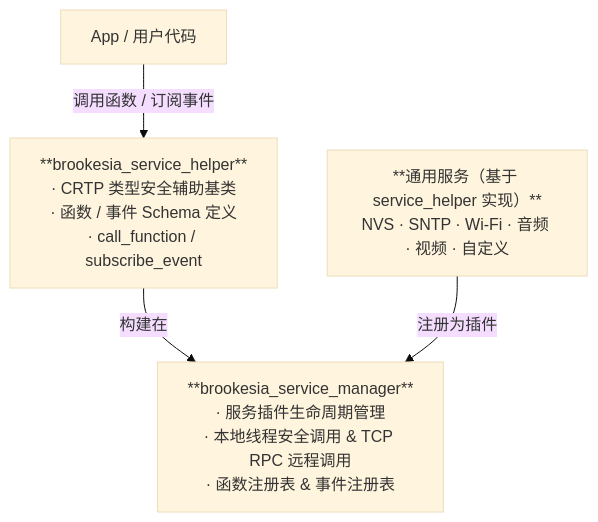
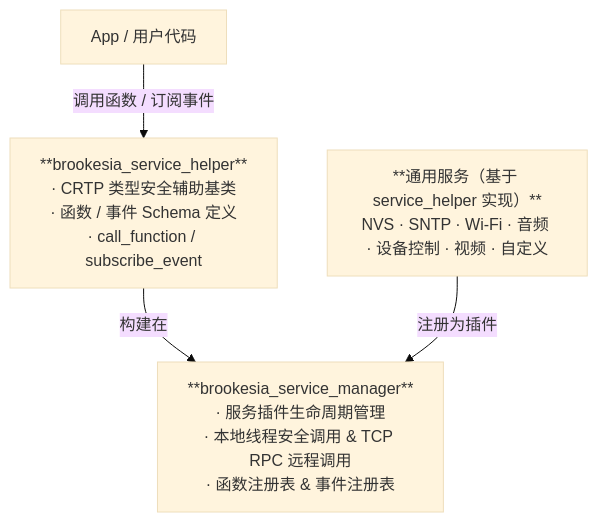
Before and after one commit to espressif/esp-brookesia: the diagram in docs/zh_CN/service/index.rst, drawn with Mermaid (base theme). The commit also changed other lines of this file and 86 other files, not shown here.

```diff
--- a/docs/zh_CN/service/index.rst
+++ b/docs/zh_CN/service/index.rst
@@ -12,11 +12,11 @@
    .. mermaid::
 
       flowchart TD
           App["App / 用户代码"]
           Helper["**brookesia_service_helper**<br/>· CRTP 类型安全辅助基类<br/>· 函数 / 事件 Schema 定义<br/>· call_function / subscribe_event"]
           Manager["**brookesia_service_manager**<br/>· 服务插件生命周期管理<br/>· 本地线程安全调用 & TCP RPC 远程调用<br/>· 函数注册表 & 事件注册表"]
-          Services["**通用服务（基于 service_helper 实现）**<br/>NVS · SNTP · Wi-Fi · 音频 · 视频 · 自定义"]
+          Services["**通用服务（基于 service_helper 实现）**<br/>NVS · SNTP · Wi-Fi · 音频 · 设备控制 · 视频 · 自定义"]
 
           App -->|"调用函数 / 订阅事件"| Helper
           Helper -->|"构建在"| Manager
           Services -->|"注册为插件"| Manager
```
